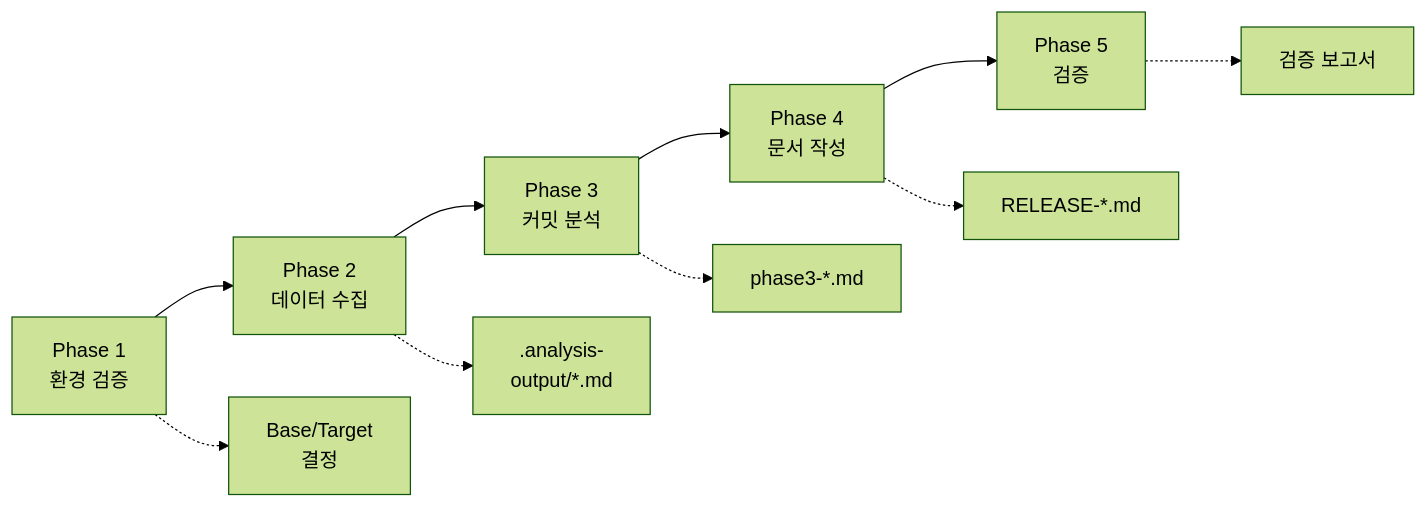
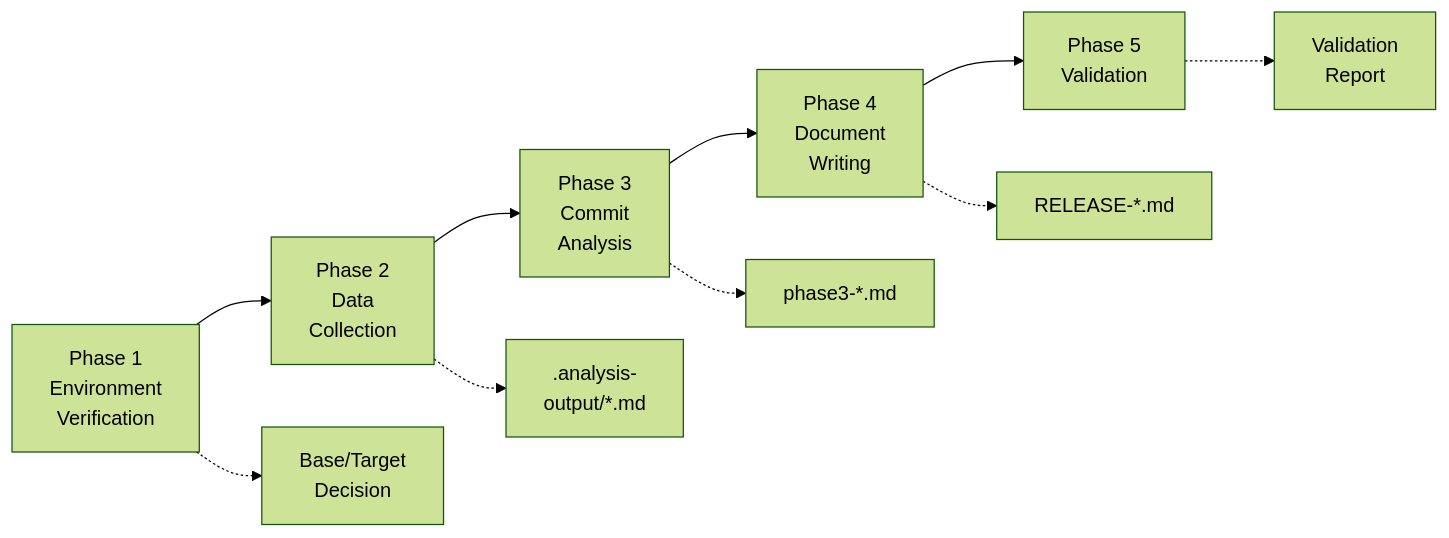
Before and after one commit to hhko/Functorium: the second of 3 diagrams in Docs.Site/src/content/docs/tutorials/release-notes-claude/part0-introduction/02-automation-overview.md, drawn with Mermaid (forest theme). The commit also changed other lines of this file and 25 other files, not shown here.

````diff
--- a/Docs.Site/src/content/docs/tutorials/release-notes-claude/part0-introduction/02-automation-overview.md
+++ b/Docs.Site/src/content/docs/tutorials/release-notes-claude/part0-introduction/02-automation-overview.md
@@ -68,10 +68,10 @@
 ```mermaid
 flowchart LR
-  P1["Phase 1<br/>환경 검증"] --> P2["Phase 2<br/>데이터 수집"] --> P3["Phase 3<br/>커밋 분석"] --> P4["Phase 4<br/>문서 작성"] --> P5["Phase 5<br/>검증"]
+  P1["Phase 1<br/>Environment<br/>Verification"] --> P2["Phase 2<br/>Data<br/>Collection"] --> P3["Phase 3<br/>Commit<br/>Analysis"] --> P4["Phase 4<br/>Document<br/>Writing"] --> P5["Phase 5<br/>Validation"]
 
-  P1 -.-> O1["Base/Target<br/>결정"]
+  P1 -.-> O1["Base/Target<br/>Decision"]
   P2 -.-> O2[".analysis-<br/>output/*.md"]
   P3 -.-> O3["phase3-*.md"]
   P4 -.-> O4["RELEASE-*.md"]
-  P5 -.-> O5["검증 보고서"]
+  P5 -.-> O5["Validation<br/>Report"]
 ```
````
